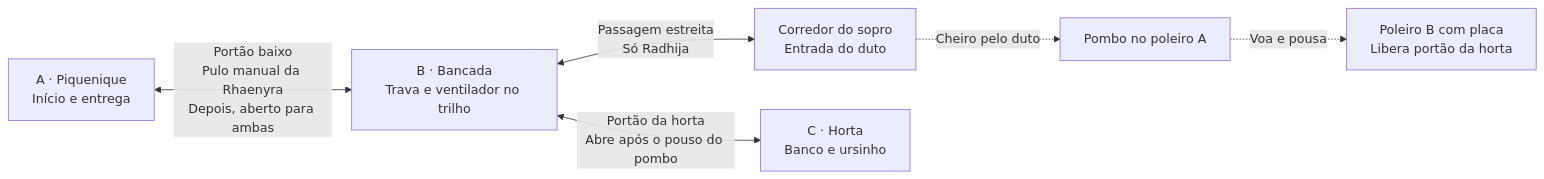
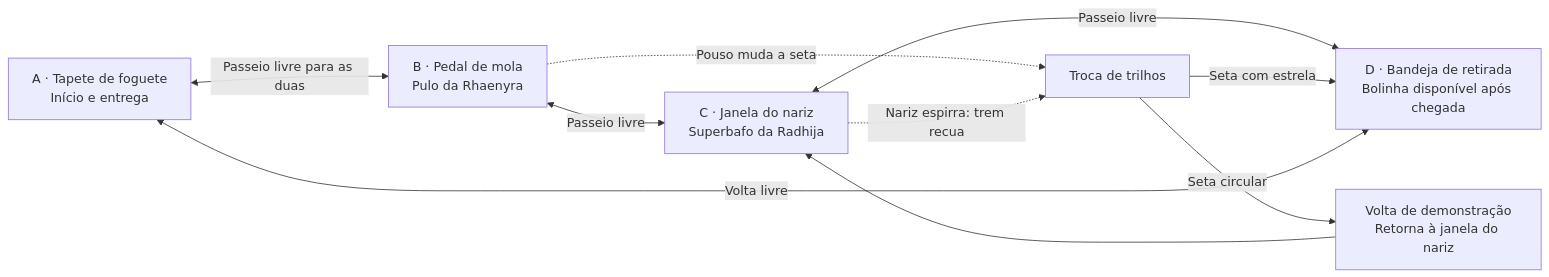
The diagram in docs/PROPOSTA-FASE6.md (raposocampos/radhija-rhaenyra), drawn with Mermaid before and after one commit. The commit also changed other lines of this file and 1 other file, not shown here.

Commit message:
Reformular fase 6 com trem de brinquedo, pulo e superbafo

````diff
--- a/docs/PROPOSTA-FASE6.md
+++ b/docs/PROPOSTA-FASE6.md
@@ -27,8 +34,12 @@
 ```mermaid
 flowchart LR
-  A["A · Piquenique<br/>Início e entrega"] <-->|"Portão baixo<br/>Pulo manual da Rhaenyra<br/>Depois, aberto para ambas"| B["B · Bancada<br/>Trava e ventilador no trilho"]
-  B <-->|"Passagem estreita<br/>Só Radhija"| D["Corredor do sopro<br/>Entrada do duto"]
-  B <-->|"Portão da horta<br/>Abre após o pouso do pombo"| C["C · Horta<br/>Banco e ursinho"]
-  D -. "Cheiro pelo duto" .-> P["Pombo no poleiro A"]
-  P -. "Voa e pousa" .-> Q["Poleiro B com placa<br/>Libera portão da horta"]
+  A["A · Tapete de foguete<br/>Início e entrega"] <-->|"Passeio livre para as duas"| B["B · Pedal de mola<br/>Pulo da Rhaenyra"]
+  B <-->|"Passeio livre"| C["C · Janela do nariz<br/>Superbafo da Radhija"]
+  C <-->|"Passeio livre"| D["D · Bandeja de retirada<br/>Bolinha disponível após chegada"]
+  D <-->|"Volta livre"| A
+  B -. "Pouso muda a seta" .-> S["Troca de trilhos"]
+  C -. "Nariz espirra: trem recua" .-> S
+  S -->|"Seta circular"| R["Volta de demonstração<br/>Retorna à janela do nariz"]
+  R --> C
+  S -->|"Seta com estrela"| D
 ```
````
